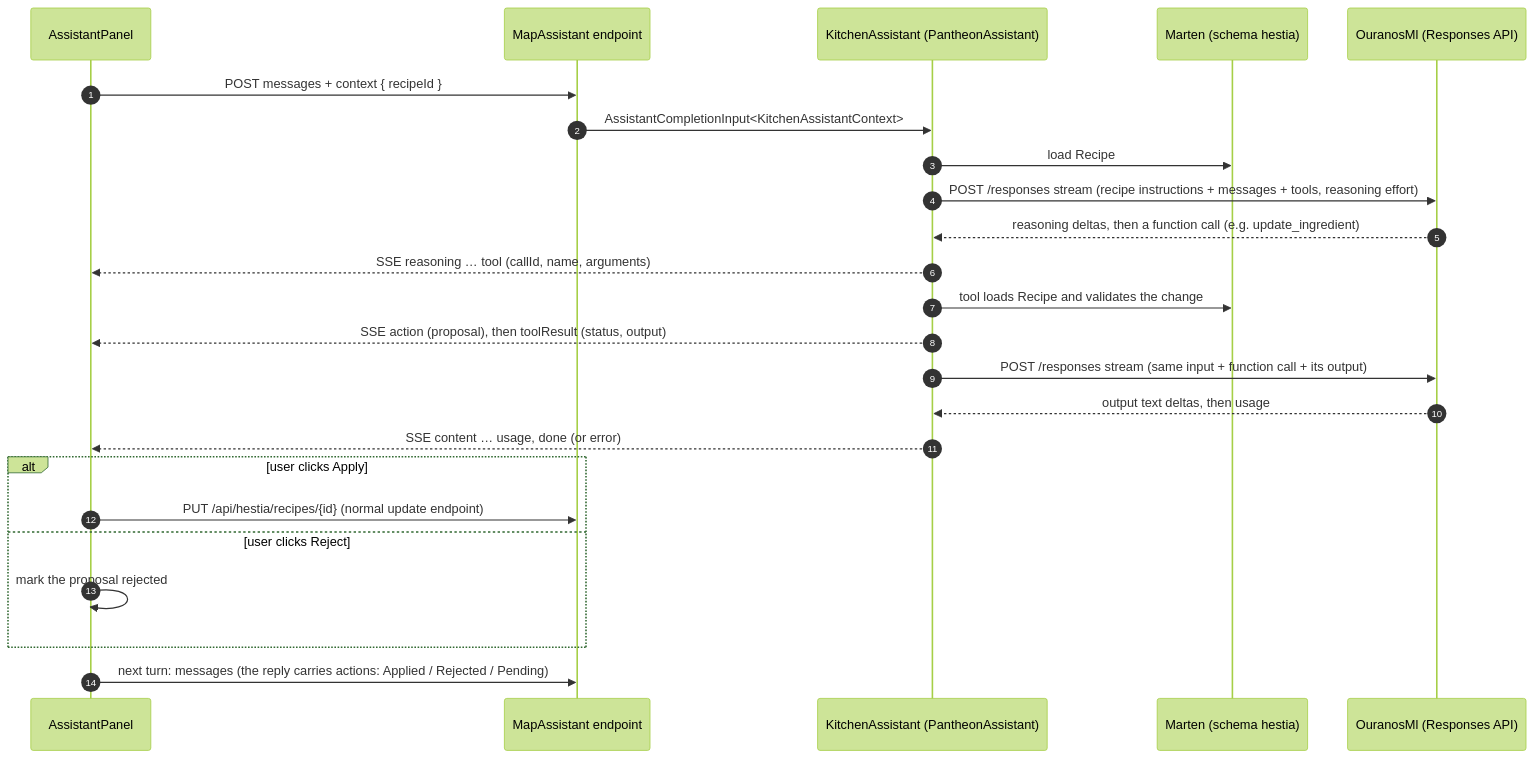
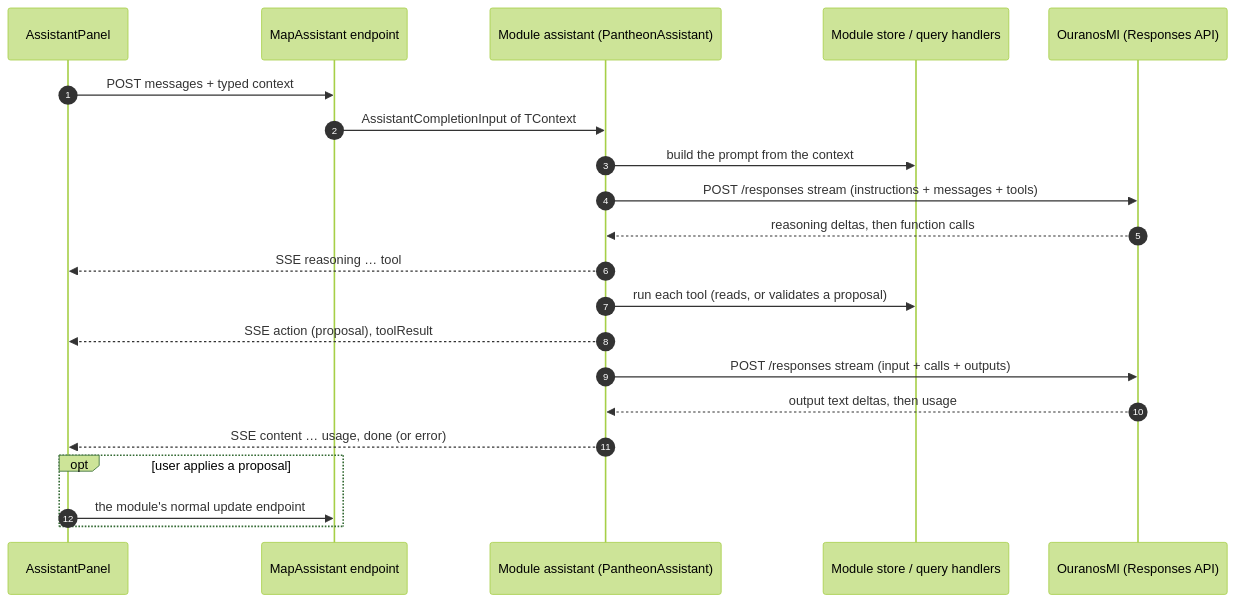
Before and after one commit to davwales/ouranos-pantheon: the third of 3 diagrams in docs/architecture/06-runtime-view.md, drawn with Mermaid (forest theme). The commit also changed other lines of this file and 43 other files, not shown here.

````diff
--- a/docs/architecture/06-runtime-view.md
+++ b/docs/architecture/06-runtime-view.md
@@ -259,27 +74,24 @@
 ```mermaid
 sequenceDiagram
     autonumber
     participant UI as AssistantPanel
     participant EP as MapAssistant endpoint
-    participant A as KitchenAssistant (PantheonAssistant)
-    participant ES as Marten (schema hestia)
+    participant A as Module assistant (PantheonAssistant)
+    participant S as Module store / query handlers
     participant ML as OuranosMl (Responses API)
 
-    UI ->> EP: POST messages + context { recipeId }
-    EP ->> A: AssistantCompletionInput<KitchenAssistantContext>
-    A ->> ES: load Recipe
-    A ->> ML: POST /responses stream (recipe instructions + messages + tools, reasoning effort)
-    ML -->> A: reasoning deltas, then a function call (e.g. update_ingredient)
-    A -->> UI: SSE reasoning … tool (callId, name, arguments)
-    A ->> ES: tool loads Recipe and validates the change
-    A -->> UI: SSE action (proposal), then toolResult (status, output)
-    A ->> ML: POST /responses stream (same input + function call + its output)
+    UI ->> EP: POST messages + typed context
+    EP ->> A: AssistantCompletionInput of TContext
+    A ->> S: build the prompt from the context
+    A ->> ML: POST /responses stream (instructions + messages + tools)
+    ML -->> A: reasoning deltas, then function calls
+    A -->> UI: SSE reasoning … tool
+    A ->> S: run each tool (reads, or validates a proposal)
+    A -->> UI: SSE action (proposal), toolResult
+    A ->> ML: POST /responses stream (input + calls + outputs)
     ML -->> A: output text deltas, then usage
     A -->> UI: SSE content … usage, done (or error)
-    alt user clicks Apply
-        UI ->> EP: PUT /api/hestia/recipes/{id} (normal update endpoint)
-    else user clicks Reject
-        UI ->> UI: mark the proposal rejected
+    opt user applies a proposal
+        UI ->> EP: the module's normal update endpoint
     end
-    UI ->> EP: next turn: messages (the reply carries actions: Applied / Rejected / Pending)
 ```
````
